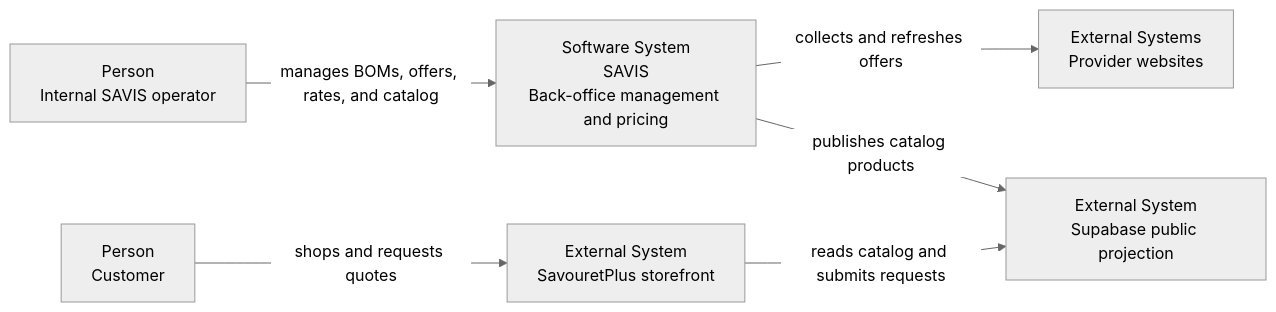
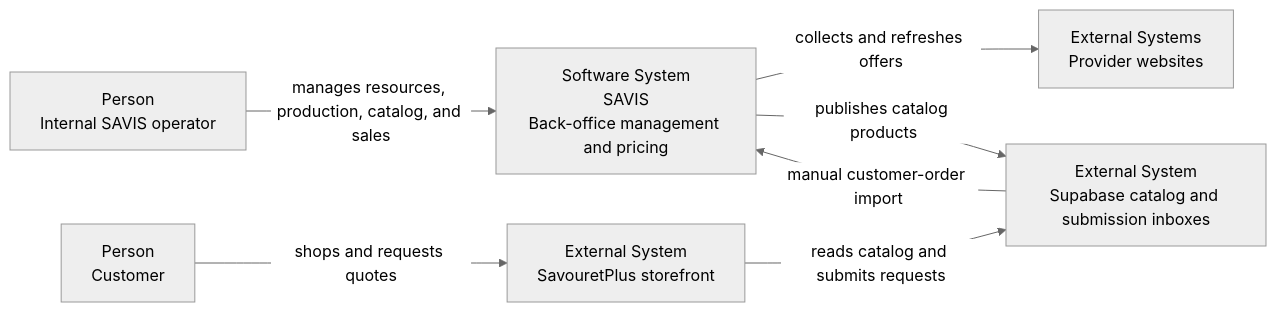
One commit to wiljeanlouis/savis changed the first of 20 diagrams in docs/ARCHITECTURE.md. Above: the diagram before and after it, drawn with Mermaid (neutral theme). The commit also changed other lines of this file and 24 other files, not shown here.

````diff
--- a/docs/ARCHITECTURE.md
+++ b/docs/ARCHITECTURE.md
@@ -126,15 +136,16 @@
 ```mermaid
 flowchart LR
   Operator["Person<br/>Internal SAVIS operator"]
   Customer["Person<br/>Customer"]
   SAVIS["Software System<br/>SAVIS<br/>Back-office management and pricing"]
   Providers["External Systems<br/>Provider websites"]
   Storefront["External System<br/>SavouretPlus storefront"]
-  Supabase["External System<br/>Supabase public projection"]
+  Supabase["External System<br/>Supabase catalog and submission inboxes"]
 
-  Operator -->|manages BOMs, offers, rates, and catalog| SAVIS
+  Operator -->|manages resources, production, catalog, and sales| SAVIS
   SAVIS -->|collects and refreshes offers| Providers
   SAVIS -->|publishes catalog products| Supabase
+  Supabase -->|manual customer-order import| SAVIS
   Storefront -->|reads catalog and submits requests| Supabase
   Customer -->|shops and requests quotes| Storefront
 ```
````
